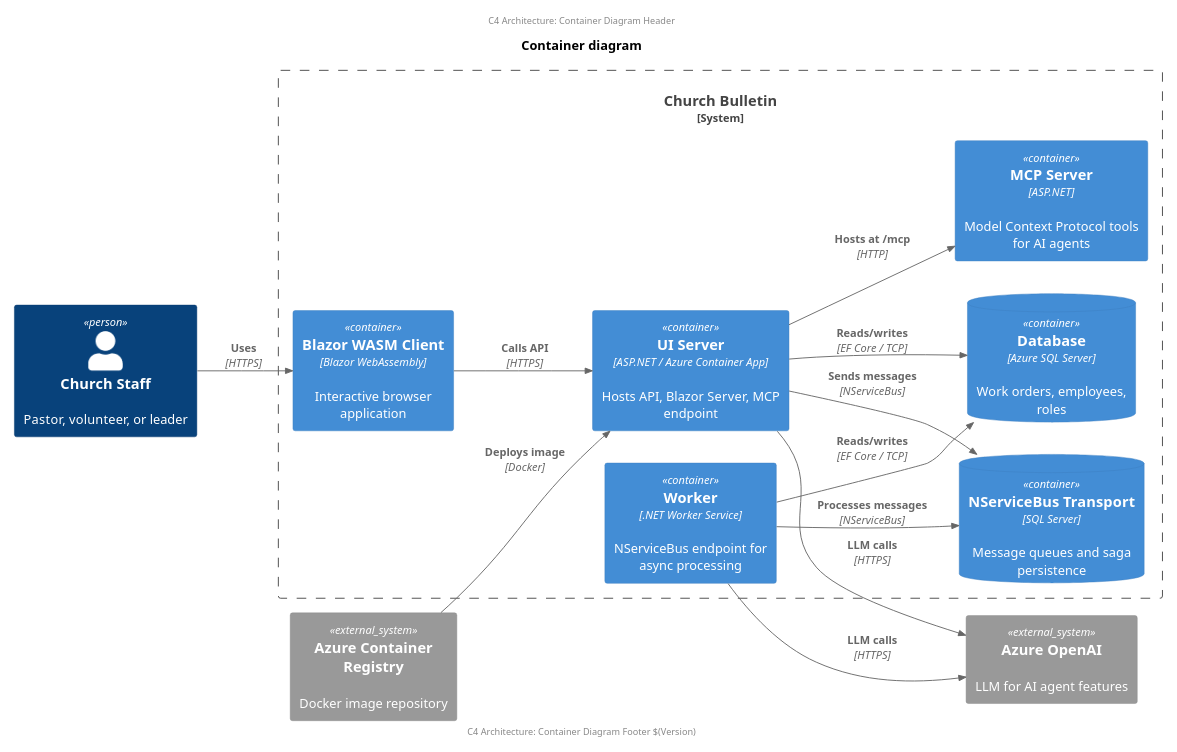
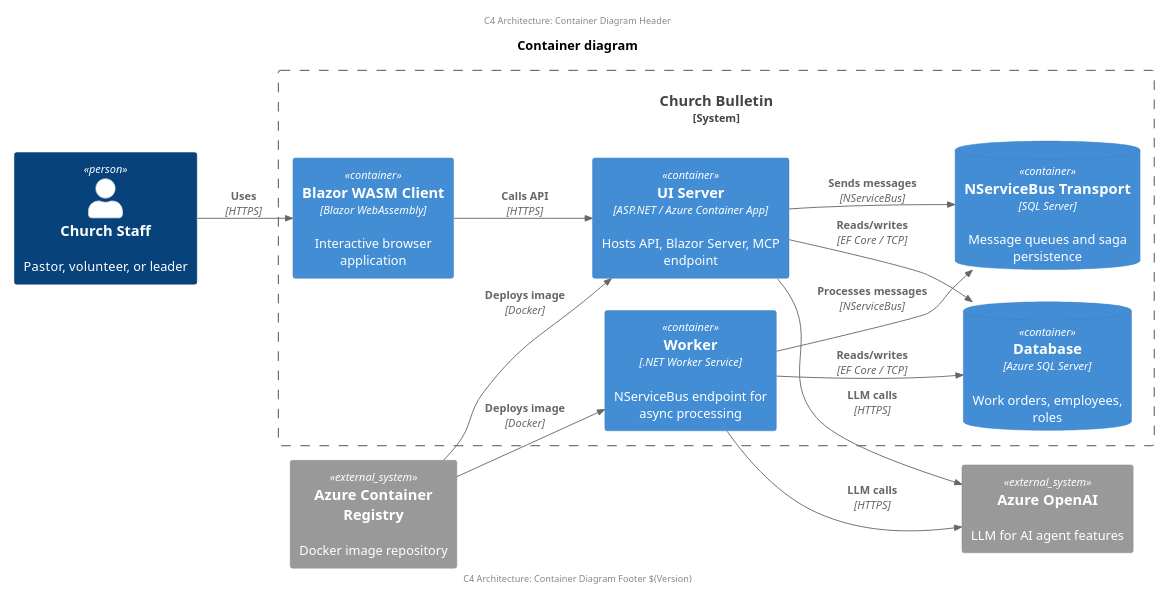
One commit to ClearMeasureLabs/bootcamp-palermo-workorders changed the diagram in arch/arch-c4-container-deployment.puml. Above: the diagram before and after it, drawn with PlantUML. The commit also changed 2 other files, not shown here.

Commit message:
SQL Health Check + Update to arch c4 container diagram

```diff
--- a/arch/arch-c4-container-deployment.puml
+++ b/arch/arch-c4-container-deployment.puml
@@ -1,41 +1,40 @@
 @startuml
 
 scale 2/3
 left to right direction
 center header
     C4 Architecture: Container Diagram Header
 endheader
 
 !includeurl https://raw.githubusercontent.com/RicardoNiepel/C4-PlantUML/master/C4_Container.puml
 
 title Container diagram 
 
 Person(user, "Church Staff", "Pastor, volunteer, or leader")
 
 System_Boundary(system, "Church Bulletin") {
     Container(ui, "Blazor WASM Client", "Blazor WebAssembly", "Interactive browser application")
     Container(server, "UI Server", "ASP.NET / Azure Container App", "Hosts API, Blazor Server, MCP endpoint")
     Container(worker, "Worker", ".NET Worker Service", "NServiceBus endpoint for async processing")
-    Container(mcpServer, "MCP Server", "ASP.NET", "Model Context Protocol tools for AI agents")
     ContainerDb(db, "Database", "Azure SQL Server", "Work orders, employees, roles")
     ContainerDb(nsbTransport, "NServiceBus Transport", "SQL Server", "Message queues and saga persistence")
 }
 
 System_Ext(azureOpenAI, "Azure OpenAI", "LLM for AI agent features")
 System_Ext(acr, "Azure Container Registry", "Docker image repository")
 
 Rel(user, ui, "Uses", "HTTPS")
 Rel(ui, server, "Calls API", "HTTPS")
 Rel(server, db, "Reads/writes", "EF Core / TCP")
 Rel(server, nsbTransport, "Sends messages", "NServiceBus")
 Rel(worker, nsbTransport, "Processes messages", "NServiceBus")
 Rel(worker, db, "Reads/writes", "EF Core / TCP")
-Rel(server, mcpServer, "Hosts at /mcp", "HTTP")
 Rel(server, azureOpenAI, "LLM calls", "HTTPS")
 Rel(worker, azureOpenAI, "LLM calls", "HTTPS")
 Rel(acr, server, "Deploys image", "Docker")
+Rel(acr, worker, "Deploys image", "Docker")
 
 center footer
     C4 Architecture: Container Diagram Footer $(Version)
 endfooter
 @enduml
```
